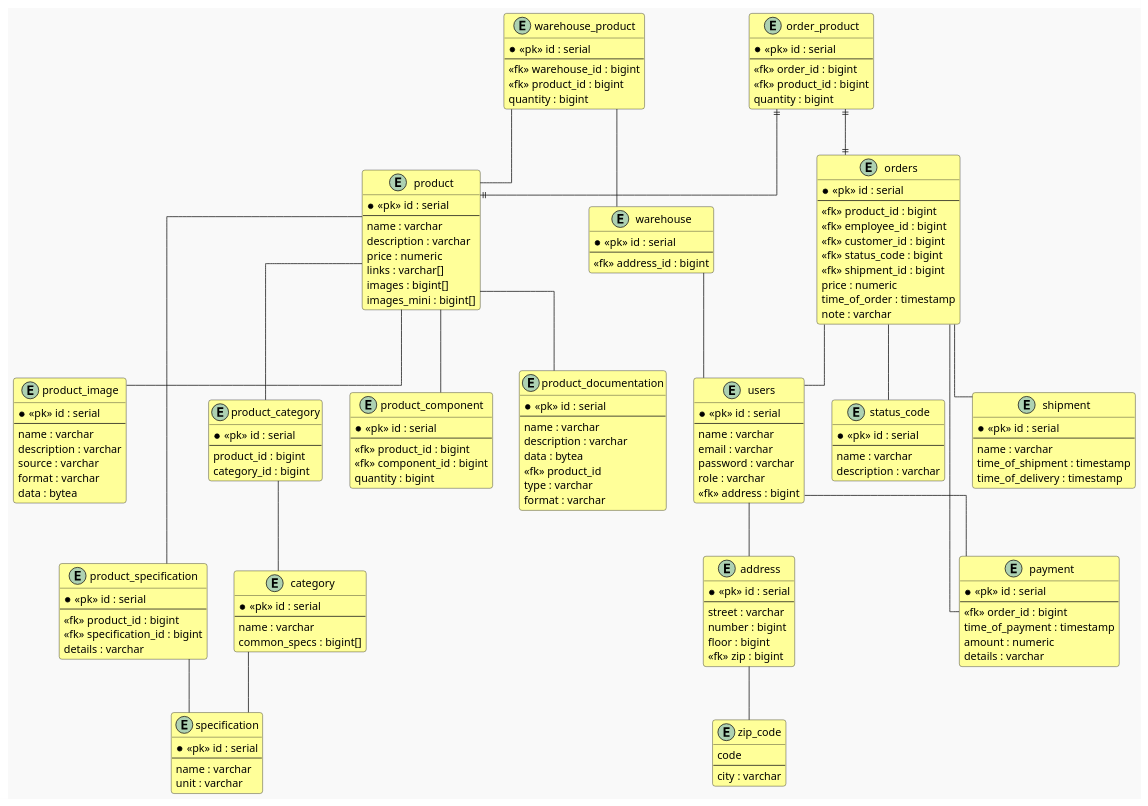
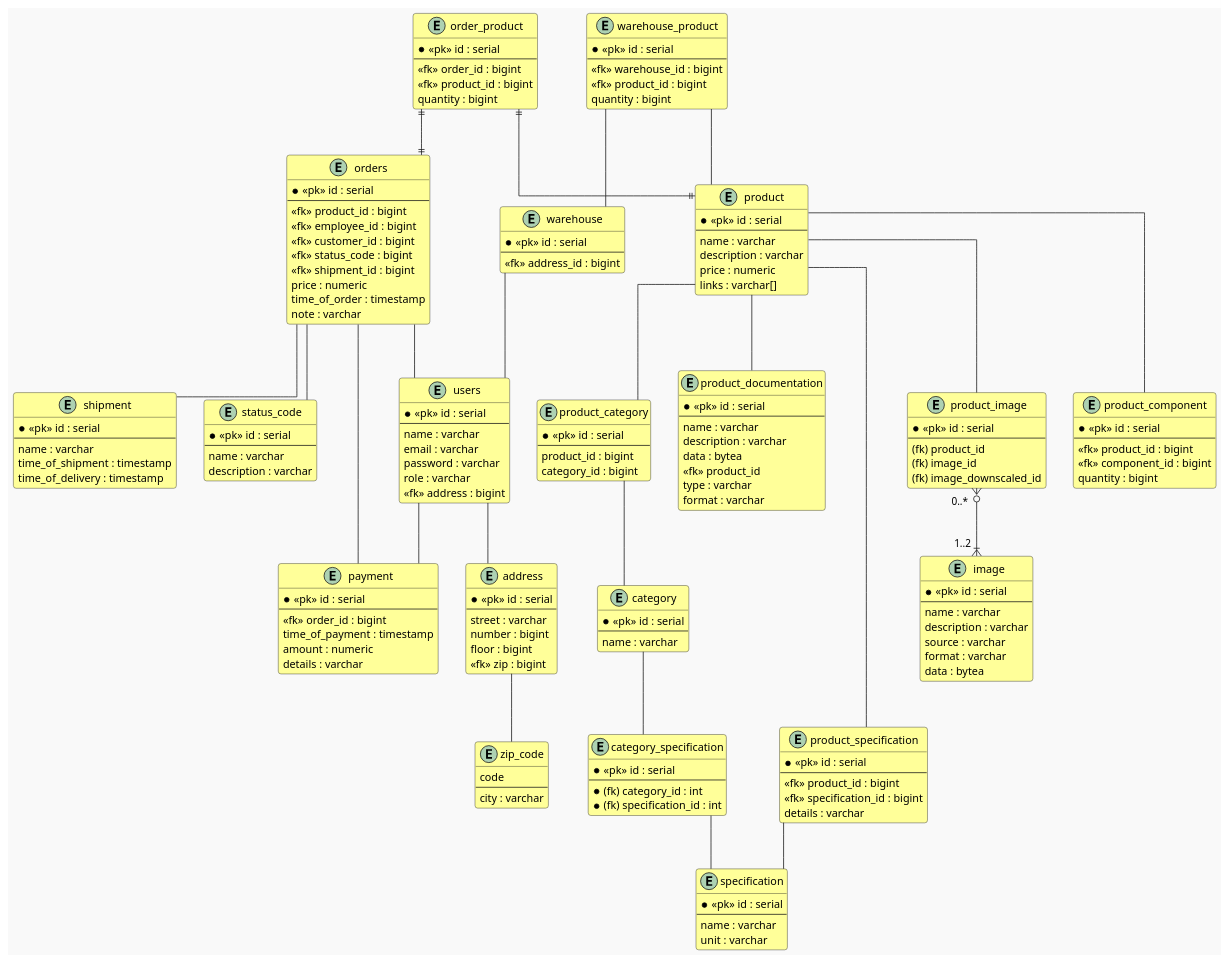
The diagram in report/UML/ERD-2.puml (Oskar123456/carport), drawn with PlantUML before and after one commit. The commit also changed 4 other files, not shown here.

```diff
--- a/report/UML/ERD-2.puml
+++ b/report/UML/ERD-2.puml
@@ -1,172 +1,186 @@
 @startuml
 !theme mars
 skinparam class {
 BackgroundColor #FFFF99
 }
 skinparam linetype ortho
 
 entity orders {
 * <<pk>> id : serial
 --
 <<fk>> product_id : bigint
 <<fk>> employee_id : bigint
 <<fk>> customer_id : bigint
 <<fk>> status_code : bigint
 <<fk>> shipment_id : bigint
 price : numeric
 time_of_order : timestamp
 note : varchar
 }
 entity status_code {
 * <<pk>> id : serial
 --
 name : varchar
 description : varchar
 }
 entity order_product {
 * <<pk>> id : serial
 --
 <<fk>> order_id : bigint
 <<fk>> product_id : bigint
 quantity : bigint
 }
 entity product {
 * <<pk>> id : serial
 --
 name : varchar
 description : varchar
 price : numeric
 links : varchar[]
-images : bigint[]
-images_mini : bigint[]
 }
 entity product_component {
 * <<pk>> id : serial
 --
 <<fk>> product_id : bigint
 <<fk>> component_id : bigint
 quantity : bigint
 }
 entity product_documentation {
 * <<pk>> id : serial
 --
 name : varchar
 description : varchar
 data : bytea
 <<fk>> product_id
 type : varchar
 format : varchar
 }
 entity product_specification{
 * <<pk>> id : serial
 --
 <<fk>> product_id : bigint
 <<fk>> specification_id : bigint
 details : varchar
 }
 entity category {
 * <<pk>> id : serial
 --
 name : varchar
-common_specs : bigint[]
+}
+entity category_specification {
+* <<pk>> id : serial
+--
+* (fk) category_id : int
+* (fk) specification_id : int
 }
 entity product_category {
 * <<pk>> id : serial
 --
 product_id : bigint
 category_id : bigint
 }
 entity specification {
 * <<pk>> id : serial
 --
 name : varchar
 unit : varchar
 }
-entity product_image {
+entity image {
 * <<pk>> id : serial
 --
 name : varchar
 description : varchar
 source : varchar
 format : varchar
 data : bytea
+}
+entity product_image {
+* <<pk>> id : serial
+--
+(fk) product_id
+(fk) image_id
+(fk) image_downscaled_id
 }
 entity warehouse {
 * <<pk>> id : serial
 --
 <<fk>> address_id : bigint
 }
 entity warehouse_product {
 * <<pk>> id : serial
 --
 <<fk>> warehouse_id : bigint
 <<fk>> product_id : bigint
 quantity : bigint
 }
 entity users {
 * <<pk>> id : serial
 --
 name : varchar
 email : varchar
 password : varchar
 role : varchar
 <<fk>> address : bigint
 }
 entity address {
 * <<pk>> id : serial
 --
 street : varchar
 number : bigint
 floor : bigint
 <<fk>> zip : bigint
 }
 entity zip_code {
 code
 --
 city : varchar
 }
 entity shipment {
 * <<pk>> id : serial
 --
 name : varchar
 time_of_shipment : timestamp
 time_of_delivery : timestamp
 }
 entity payment {
 * <<pk>> id : serial
 --
 <<fk>> order_id : bigint
 time_of_payment : timestamp
 amount : numeric
 details : varchar
 }
 
 order_product ||--|| orders
 order_product ||--|| product
 
 orders -- shipment
 orders -- payment
 orders -- users
 orders -- status_code
 
 product -- product_category
 product -- product_documentation
 product -- product_specification
 product -- product_component
 product -- product_image
 
 product_specification -- specification
 
-category -- specification
+category -- category_specification
+category_specification -- specification
+
 product_category -- category
+
+product_image "0..*   " }o--|{ "1..2  " image
 
 warehouse_product -- product
 warehouse_product -- warehouse
 warehouse -- users
 
 users -- address
 users -- payment
 
 address -- zip_code
 
 @enduml
```
